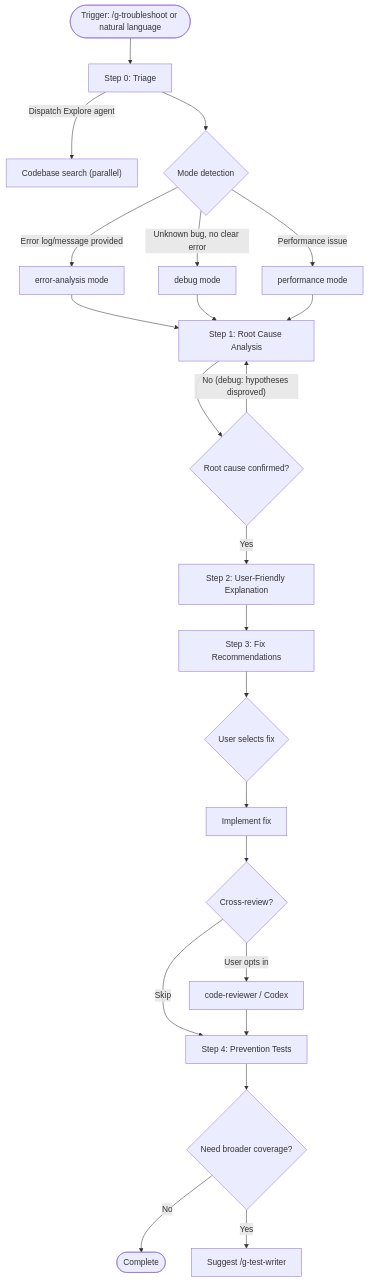
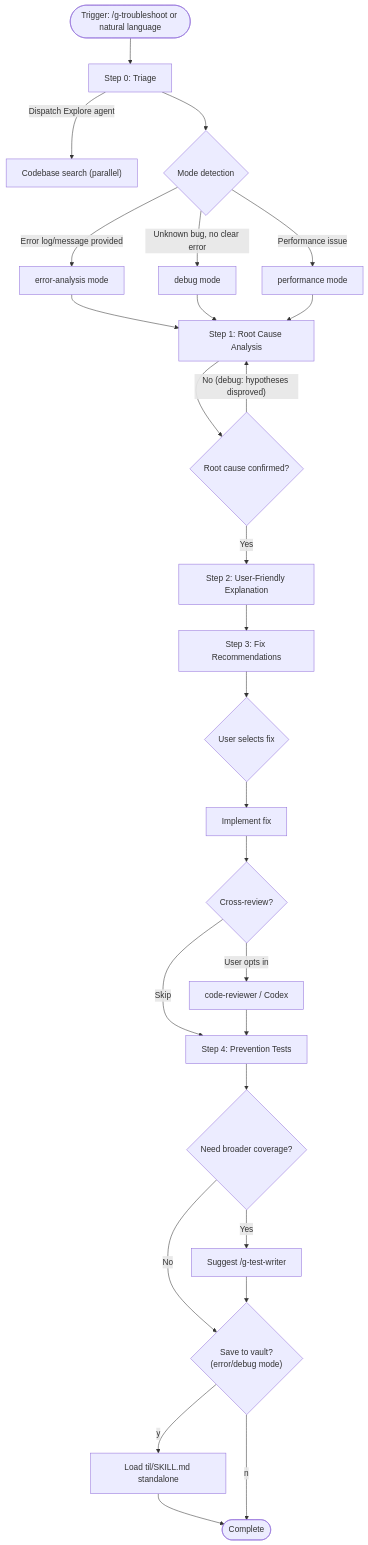
Before and after one commit to gloriaJun/grimoire: the diagram in skills/dev/tools/troubleshoot/SKILL.md, drawn with Mermaid. The commit also changed 2 other files, not shown here.

Commit message:
feat(dev): fix TIL scope routing and add audience mode + troubleshoot-to-TIL handoff
- fix TIL scope to use cwd-based routing (GitHubWork→work, GitHubPrivate→life)
  matching retro's existing behavior
- add audience selection (personal/team) to /dev til with share mode writing overrides
- add optional vault save prompt at end of /dev troubleshoot (error/debug mode only)
  with pre-filled context from root cause analysis

````diff
--- a/skills/dev/tools/troubleshoot/SKILL.md
+++ b/skills/dev/tools/troubleshoot/SKILL.md
@@ -19,27 +19,30 @@
 ```mermaid
 flowchart TD
     A(["Trigger: /g-troubleshoot or natural language"]) --> B["Step 0: Triage"]
     B --> |"Dispatch Explore agent"| B2["Codebase search (parallel)"]
     B --> C{"Mode detection"}
     C -- "Error log/message provided" --> D["error-analysis mode"]
     C -- "Unknown bug, no clear error" --> E["debug mode"]
     C -- "Performance issue" --> F["performance mode"]
 
     D --> G["Step 1: Root Cause Analysis"]
     E --> G
     F --> G
 
     G --> H{"Root cause confirmed?"}
     H -- "No (debug: hypotheses disproved)" --> G
     H -- "Yes" --> I["Step 2: User-Friendly Explanation"]
     I --> J["Step 3: Fix Recommendations"]
     J --> K{"User selects fix"}
     K --> L["Implement fix"]
     L --> M{"Cross-review?"}
     M -- "User opts in" --> N["code-reviewer / Codex"]
     M -- "Skip" --> O["Step 4: Prevention Tests"]
     N --> O
     O --> P{"Need broader coverage?"}
-    P -- "No" --> Q(["Complete"])
+    P -- "No" --> Q{"Save to vault?\n(error/debug mode)"}
     P -- "Yes" --> R["Suggest /g-test-writer"]
+    R --> Q
+    Q -- "y" --> S["Load til/SKILL.md standalone"] --> T(["Complete"])
+    Q -- "n" --> T
 ```
````
